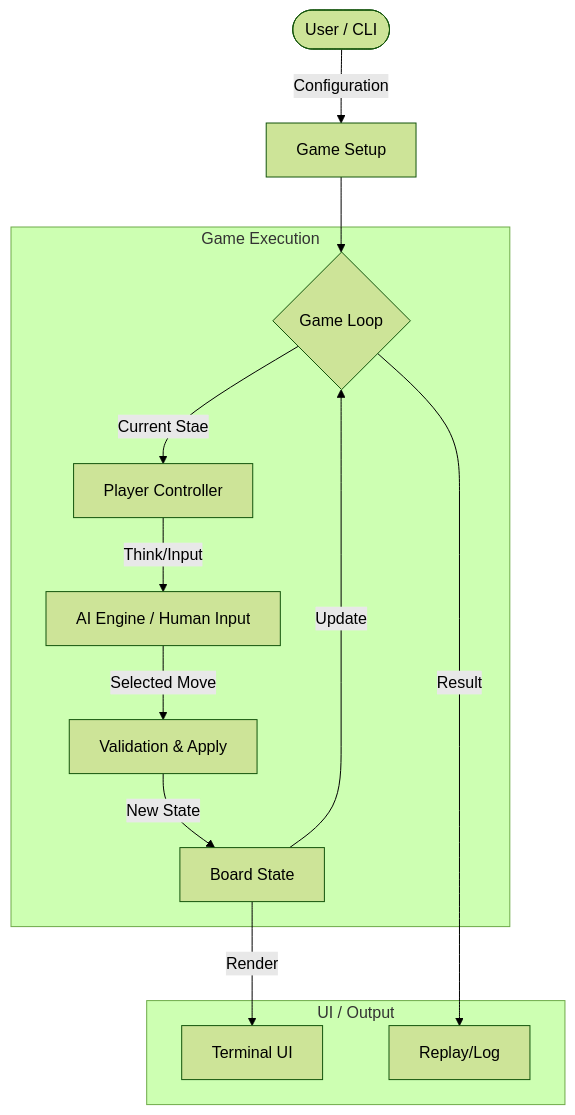
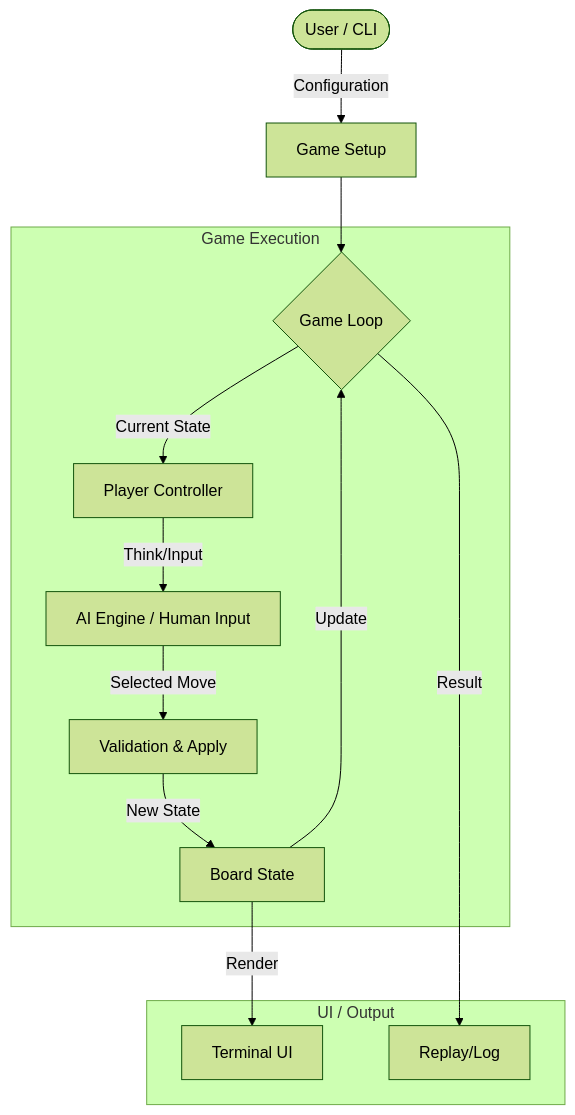
Before and after one commit to daizyoo/aho-ai: the second of 2 diagrams in ARCHITECTURE.md, drawn with Mermaid (forest theme). The commit also changed other lines of this file and 29 other files, not shown here.

First line of the commit message:
Refactor: Cleanup unused AI files and implement multi-model support architecture

````diff
--- a/ARCHITECTURE.md
+++ b/ARCHITECTURE.md
@@ -43,18 +86,18 @@
 ```mermaid
 graph TD
     User([User / CLI]) -->|Configuration| Setup[Game Setup]
     Setup --> GameLoop{Game Loop}
 
     subgraph Game Execution
-        GameLoop -->|Current Stae| Controller[Player Controller]
+        GameLoop -->|Current State| Controller[Player Controller]
         Controller -->|Think/Input| AI[AI Engine / Human Input]
         AI -->|Selected Move| Logic[Validation & Apply]
         Logic -->|New State| Board[Board State]
         Board -->|Update| GameLoop
     end
 
     subgraph UI / Output
         Board -->|Render| TUI[Terminal UI]
         GameLoop -->|Result| History[Replay/Log]
     end
 ```
````
